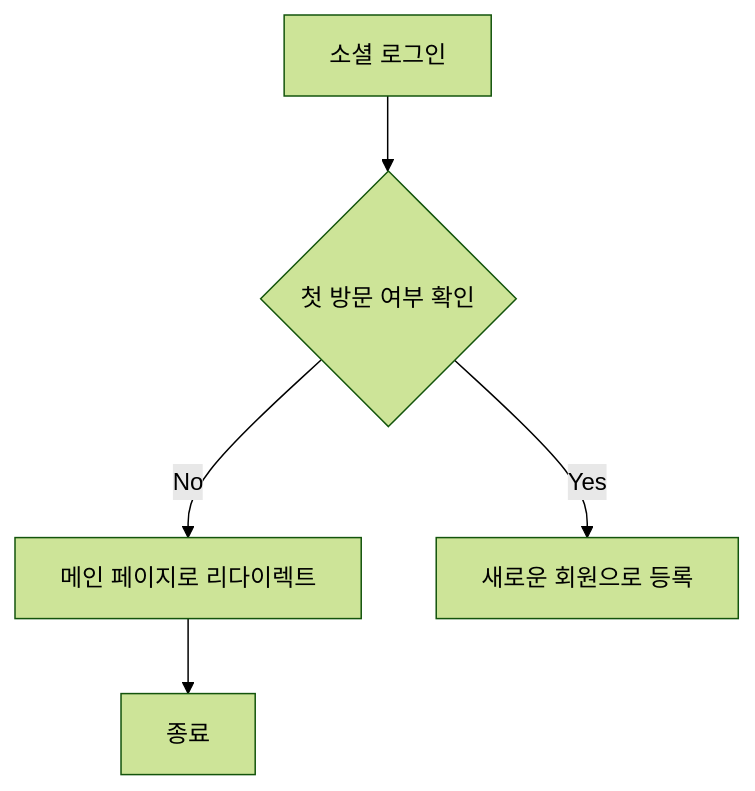
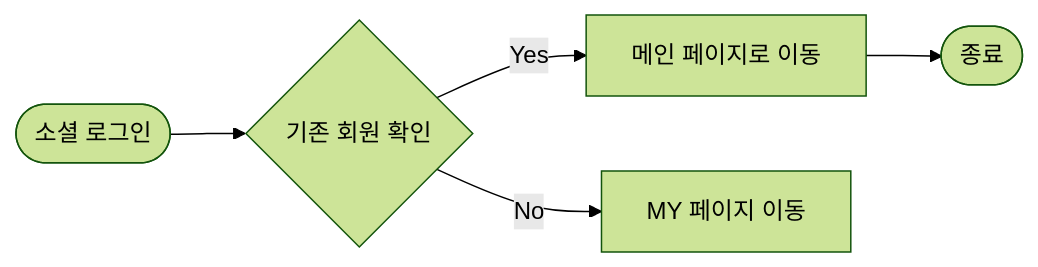
The first of 12 diagrams in design/기능정의서.md (Dev-FE-3/team4-phoenix-CustomService), drawn with Mermaid (forest theme) before and after one commit. The commit also changed other lines of this file, not shown here.

````diff
--- a/design/기능정의서.md
+++ b/design/기능정의서.md
@@ -15,6 +50,7 @@
 ```mermaid
-flowchart TD;
-  A[소셜 로그인]-->B{첫 방문 여부 확인};
-  B-->|No|C[메인 페이지로 리다이렉트]-->D[종료];
-  B-->|Yes|E[새로운 회원으로 등록];
+  flowchart LR
+  A([소셜 로그인]) --> B{기존 회원 확인}
+  B --> |Yes| C[메인 페이지로 이동] --> D([종료])
+  B --> |No| E[MY 페이지 이동]
+
 ```
````
